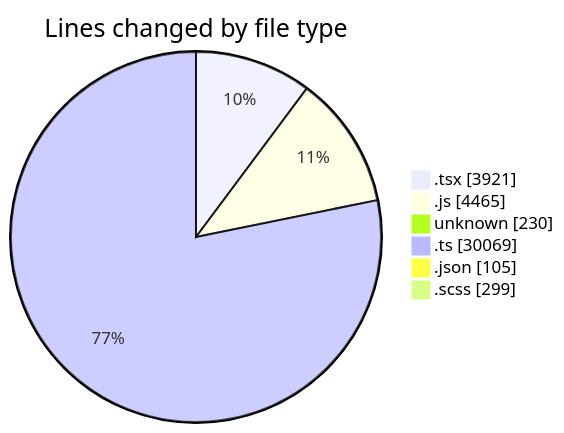
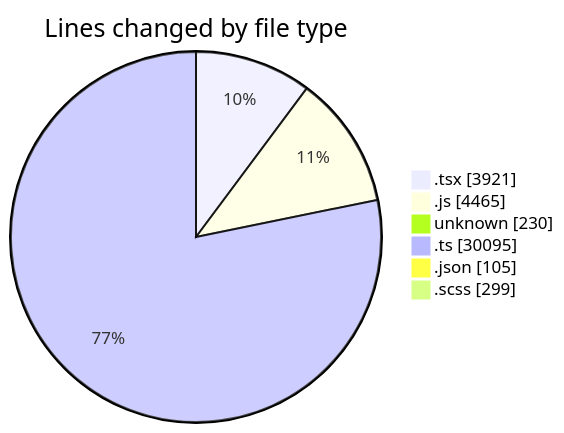
The first of 2 diagrams in 2026-05-06/cda/README.md (momahboobian/code-tracking), drawn with Mermaid before and after one commit. The commit also changed other lines of this file and 1 other file, not shown here.

````diff
--- a/2026-05-06/cda/README.md
+++ b/2026-05-06/cda/README.md
@@ -91,10 +91,10 @@
 ```mermaid
 pie showData
 title Lines changed by file type
 ".tsx" : 3921
 ".js" : 4465
 "unknown" : 230
-".ts" : 30069
+".ts" : 30095
 ".json" : 105
 ".scss" : 299
 ```
````
